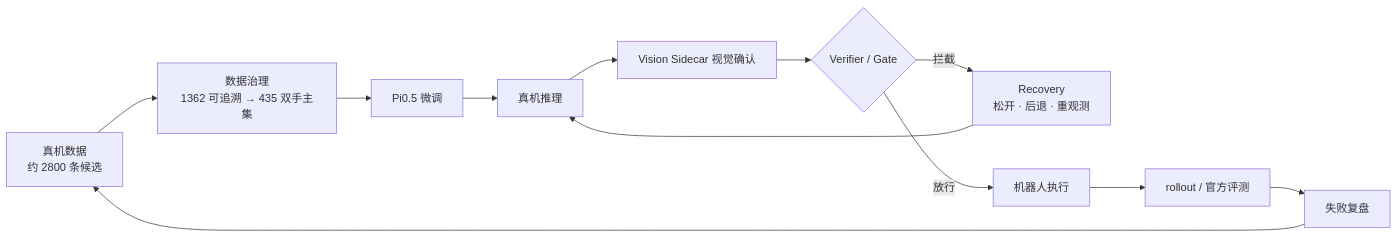
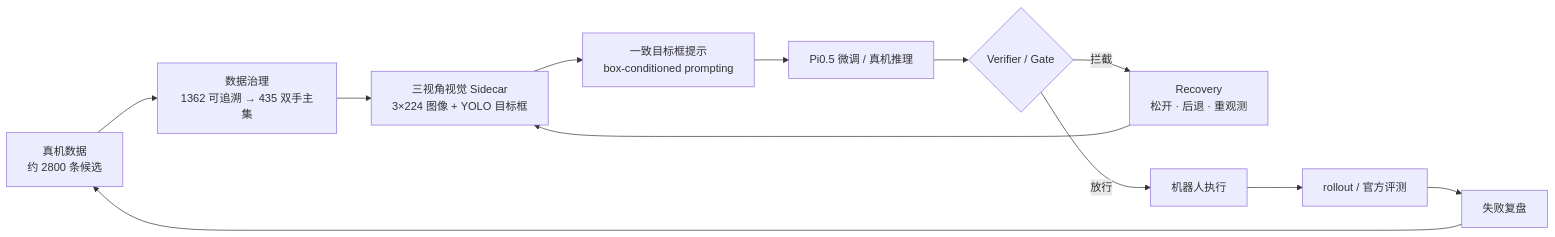
One commit to l2ktech/wzy-portfolio changed the diagram in content/projects/g2-real.md. Above: the diagram before and after it, drawn with Mermaid. The commit also changed other lines of this file, not shown here.

````diff
--- a/content/projects/g2-real.md
+++ b/content/projects/g2-real.md
@@ -26,14 +29,14 @@
 ```mermaid
 flowchart LR
     A["真机数据<br/>约 2800 条候选"] --> B["数据治理<br/>1362 可追溯 → 435 双手主集"]
-    B --> C["Pi0.5 微调"]
-    C --> D["真机推理"]
-    D --> E["Vision Sidecar 视觉确认"]
+    B --> C["三视角视觉 Sidecar<br/>3×224 图像 + YOLO 目标框"]
+    C --> D["一致目标框提示<br/>box-conditioned prompting"]
+    D --> E["Pi0.5 微调 / 真机推理"]
     E --> F{"Verifier / Gate"}
     F -->|"拦截"| G["Recovery<br/>松开 · 后退 · 重观测"]
-    G --> D
+    G --> C
     F -->|"放行"| H["机器人执行"]
     H --> I["rollout / 官方评测"]
     I --> J["失败复盘"]
     J --> A
 ```
````
